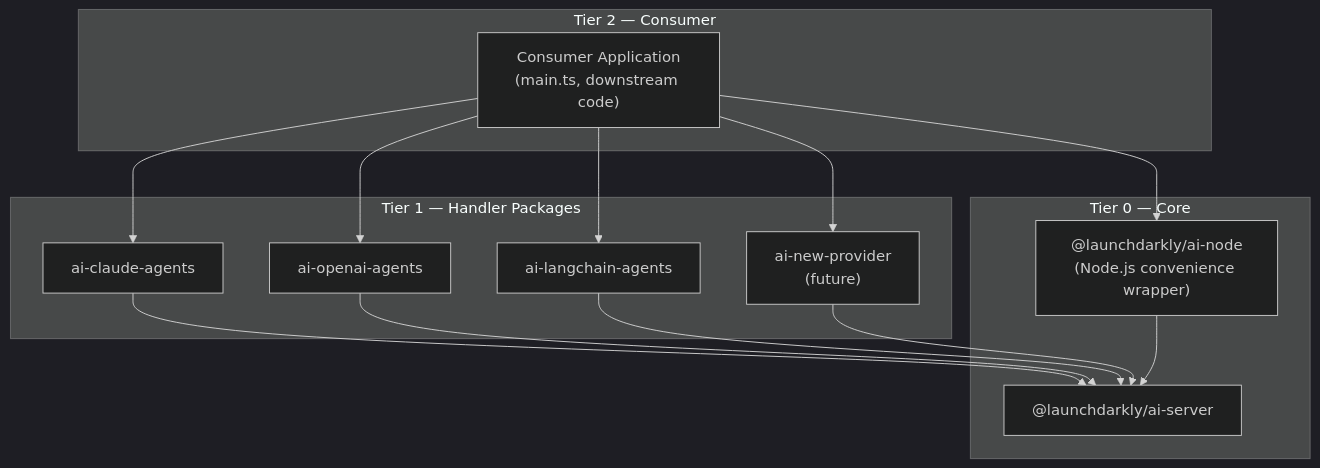
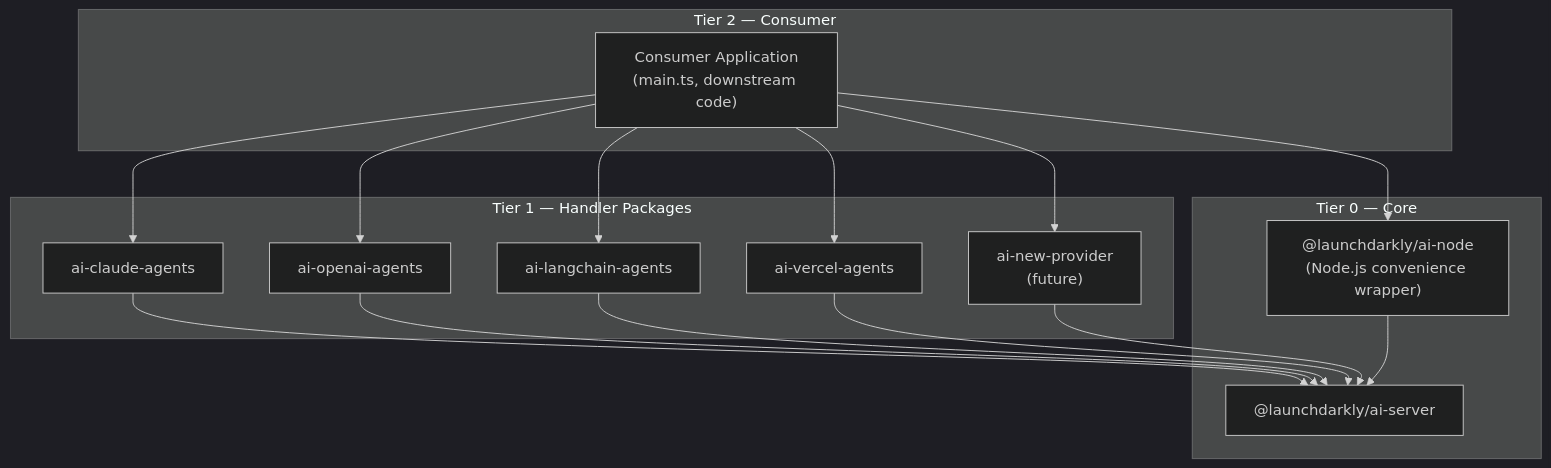
Before and after one commit to launchdarkly/js-ai-sdk: the diagram in AGENTS.md, drawn with Mermaid (dark theme). The commit also changed other lines of this file and 44 other files, not shown here.

First line of the commit message:
feat(AIC-3408): add Vercel AI SDK messages and agents adapters (#83)

````diff
--- a/AGENTS.md
+++ b/AGENTS.md
@@ -101,27 +101,30 @@
 ```mermaid
 graph TD
  subgraph tier2 ["Tier 2 — Consumer"]
  app["Consumer Application\n(main.ts, downstream code)"]
  end
  subgraph tier1 ["Tier 1 — Handler Packages"]
  claude["ai-claude-agents"]
  openai["ai-openai-agents"]
  langchain["ai-langchain-agents"]
+ vercel["ai-vercel-agents"]
  newHandler["ai-new-provider\n(future)"]
  end
  subgraph tier0 ["Tier 0 — Core"]
  ainode["@launchdarkly/ai-node\n(Node.js convenience wrapper)"]
  client["@launchdarkly/ai-server"]
  end
 
  app --> claude
  app --> openai
  app --> langchain
+ app --> vercel
  app --> newHandler
  app --> ainode
  claude --> client
  openai --> client
  langchain --> client
+ vercel --> client
  newHandler --> client
  ainode --> client
 ```
````
